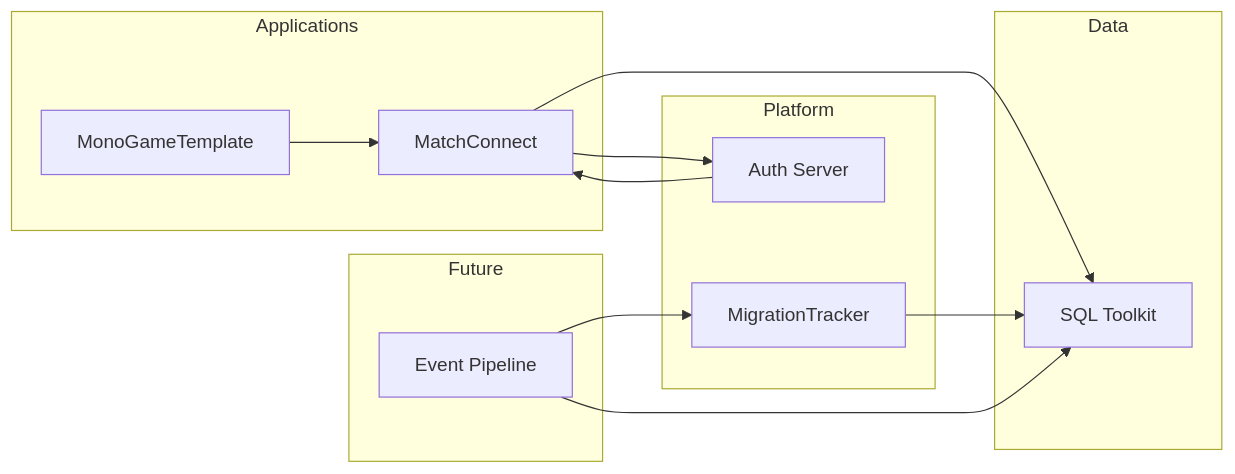
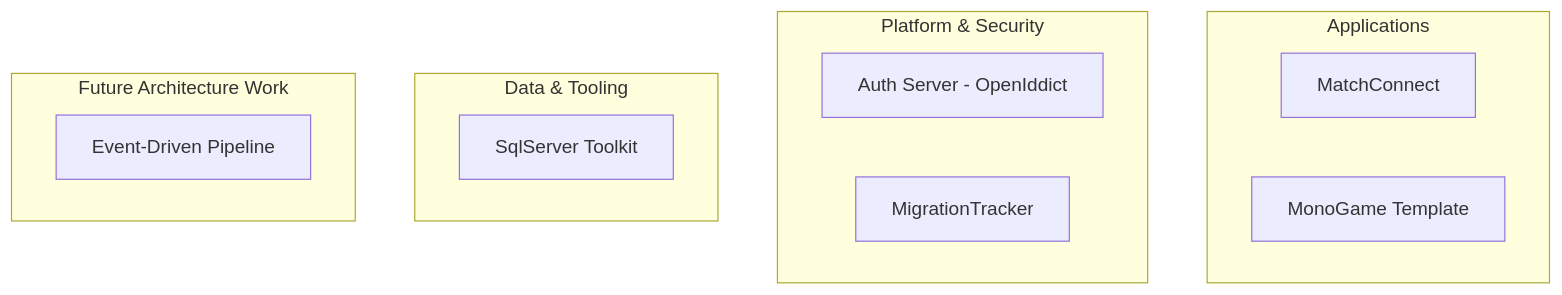
One commit to CatFortman/CatFortman changed the diagram in README.md. Above: the diagram before and after it, drawn with Mermaid. The commit also changed other lines of this file, not shown here.

Commit message:
Revise README for clarity and update section titles
Updated language for clarity and consistency in the README. Changed 'exploring areas across' to 'working across' and modified section titles for better representation.

````diff
--- a/README.md
+++ b/README.md
@@ -54,32 +54,21 @@
 ```mermaid
-graph LR
+graph TB
 
 subgraph A[Applications]
 MC[MatchConnect]
-MG[MonoGameTemplate]
+MG[MonoGame Template]
 end
 
-subgraph B[Platform]
-AUTH[Auth Server]
+subgraph B[Platform & Security]
+AUTH[Auth Server - OpenIddict]
 MIG[MigrationTracker]
 end
 
-subgraph C[Data]
-SQL[SQL Toolkit]
+subgraph C[Data & Tooling]
+SQL[SqlServer Toolkit]
 end
 
-subgraph D[Future]
-AZ[Event Pipeline]
+subgraph D[Future Architecture Work]
+AZ[Event-Driven Pipeline]
 end
-
-MC --> AUTH
-MC --> SQL
-MG --> MC
-
-MIG --> SQL
-
-AUTH --> MC
-
-AZ --> MIG
-AZ --> SQL
 ```
````
